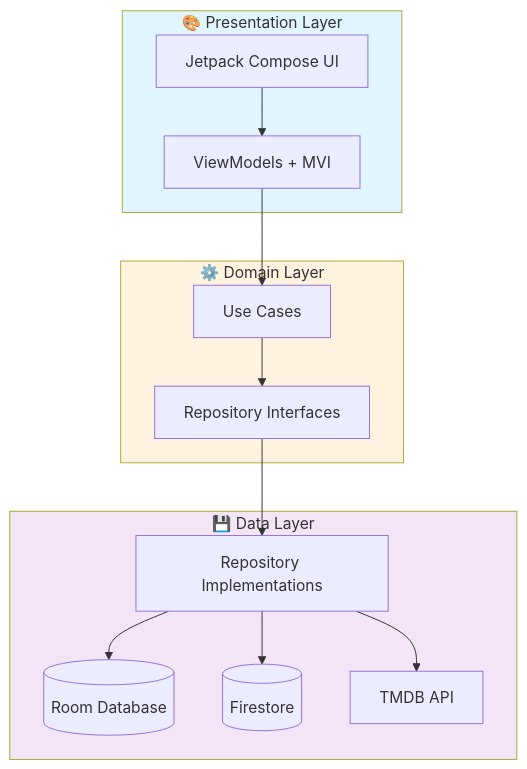
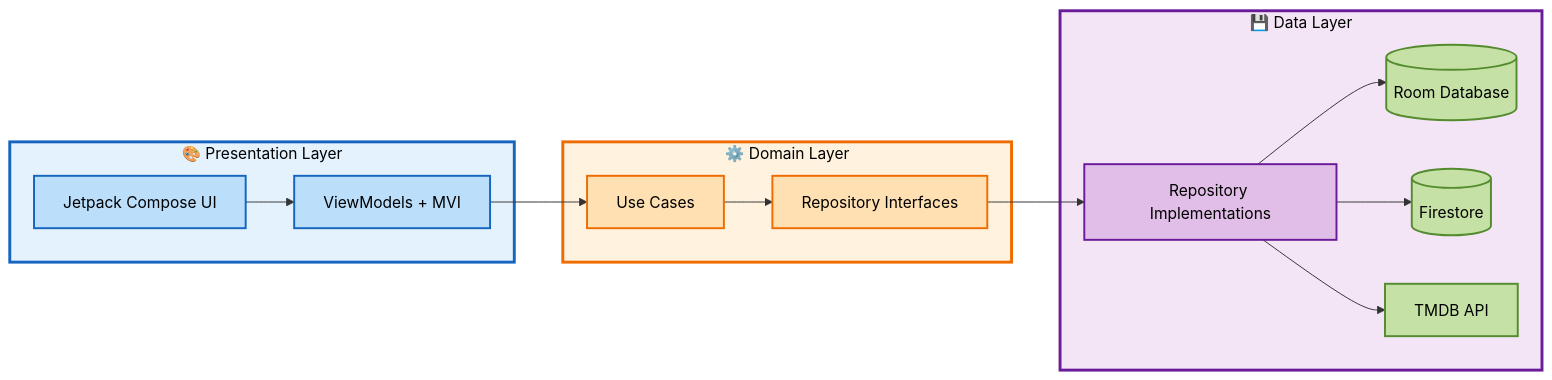
The first of 3 diagrams in README.md (davidthurman/MoviQ), drawn with Mermaid before and after one commit. The commit also changed other lines of this file, not shown here.

````diff
--- a/README.md
+++ b/README.md
@@ -35,31 +23,39 @@
 ```mermaid
-graph TB
+graph LR
     subgraph Presentation["🎨 Presentation Layer"]
         UI[Jetpack Compose UI]
         VM[ViewModels + MVI]
     end
     
     subgraph Domain["⚙️ Domain Layer"]
         UC[Use Cases]
         RI[Repository Interfaces]
     end
     
     subgraph Data["💾 Data Layer"]
         REPO[Repository Implementations]
         LOCAL[(Room Database)]
         REMOTE[(Firestore)]
         API[TMDB API]
     end
     
     UI --> VM
     VM --> UC
     UC --> RI
     RI --> REPO
     REPO --> LOCAL
     REPO --> REMOTE
     REPO --> API
     
-    style Presentation fill:#e1f5ff
-    style Domain fill:#fff3e0
-    style Data fill:#f3e5f5
+    style Presentation fill:#e3f2fd,stroke:#1565c0,stroke-width:3px,color:#000
+    style Domain fill:#fff3e0,stroke:#ef6c00,stroke-width:3px,color:#000
+    style Data fill:#f3e5f5,stroke:#6a1b9a,stroke-width:3px,color:#000
+    style UI fill:#bbdefb,stroke:#1565c0,stroke-width:2px,color:#000
+    style VM fill:#bbdefb,stroke:#1565c0,stroke-width:2px,color:#000
+    style UC fill:#ffe0b2,stroke:#ef6c00,stroke-width:2px,color:#000
+    style RI fill:#ffe0b2,stroke:#ef6c00,stroke-width:2px,color:#000
+    style REPO fill:#e1bee7,stroke:#6a1b9a,stroke-width:2px,color:#000
+    style LOCAL fill:#c5e1a5,stroke:#558b2f,stroke-width:2px,color:#000
+    style REMOTE fill:#c5e1a5,stroke:#558b2f,stroke-width:2px,color:#000
+    style API fill:#c5e1a5,stroke:#558b2f,stroke-width:2px,color:#000
 ```
````
